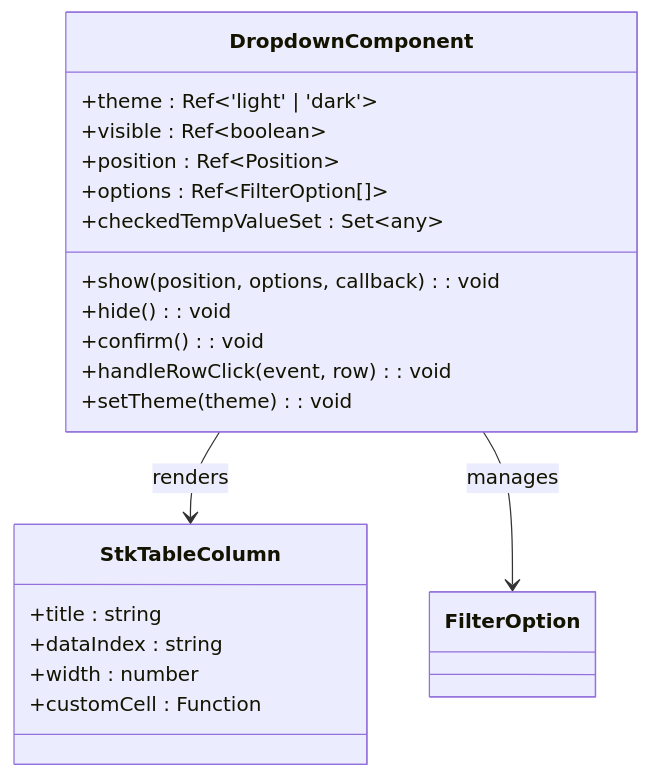
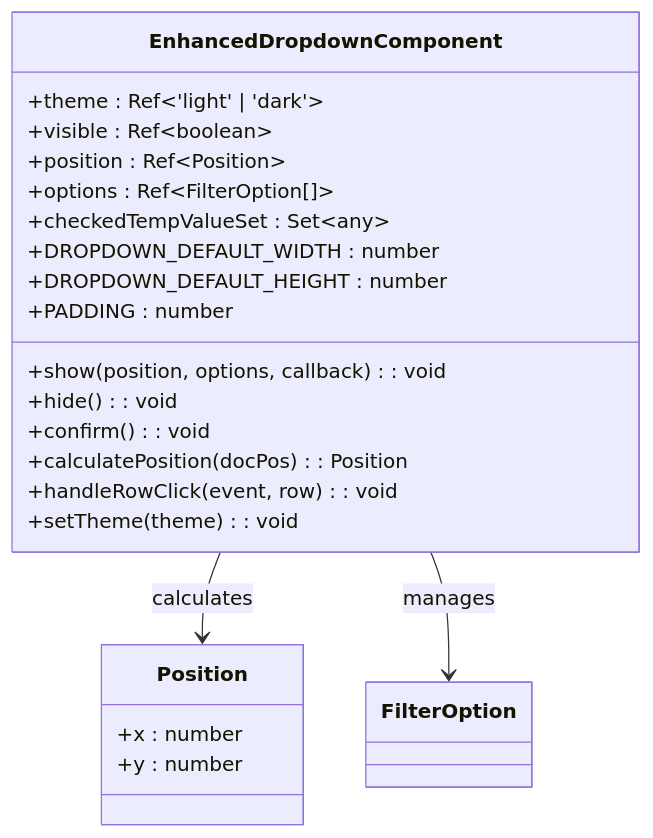
The fourth of 9 diagrams in .qoder/repowiki/en/content/Basic Features/Filter System.md (ja-plus/stk-table-vue), drawn with Mermaid before and after one commit. The commit also changed other lines of this file and 9 other files, not shown here.

````diff
--- a/.qoder/repowiki/en/content/Basic Features/Filter System.md
+++ b/.qoder/repowiki/en/content/Basic Features/Filter System.md
@@ -153,23 +161,25 @@
 ```mermaid
 classDiagram
-class DropdownComponent {
+class EnhancedDropdownComponent {
 +theme : Ref~'light' | 'dark'~
 +visible : Ref~boolean~
 +position : Ref~Position~
 +options : Ref~FilterOption[]~
 +checkedTempValueSet : Set~any~
++DROPDOWN_DEFAULT_WIDTH : number
++DROPDOWN_DEFAULT_HEIGHT : number
++PADDING : number
 +show(position, options, callback) : void
 +hide() : void
 +confirm() : void
++calculatePosition(docPos) : Position
 +handleRowClick(event, row) : void
 +setTheme(theme) : void
 }
-class StkTableColumn {
-+title : string
-+dataIndex : string
-+width : number
-+customCell : Function
+class Position {
++x : number
++y : number
 }
-DropdownComponent --> StkTableColumn : renders
-DropdownComponent --> FilterOption : manages
+EnhancedDropdownComponent --> Position : calculates
+EnhancedDropdownComponent --> FilterOption : manages
 ```
````
